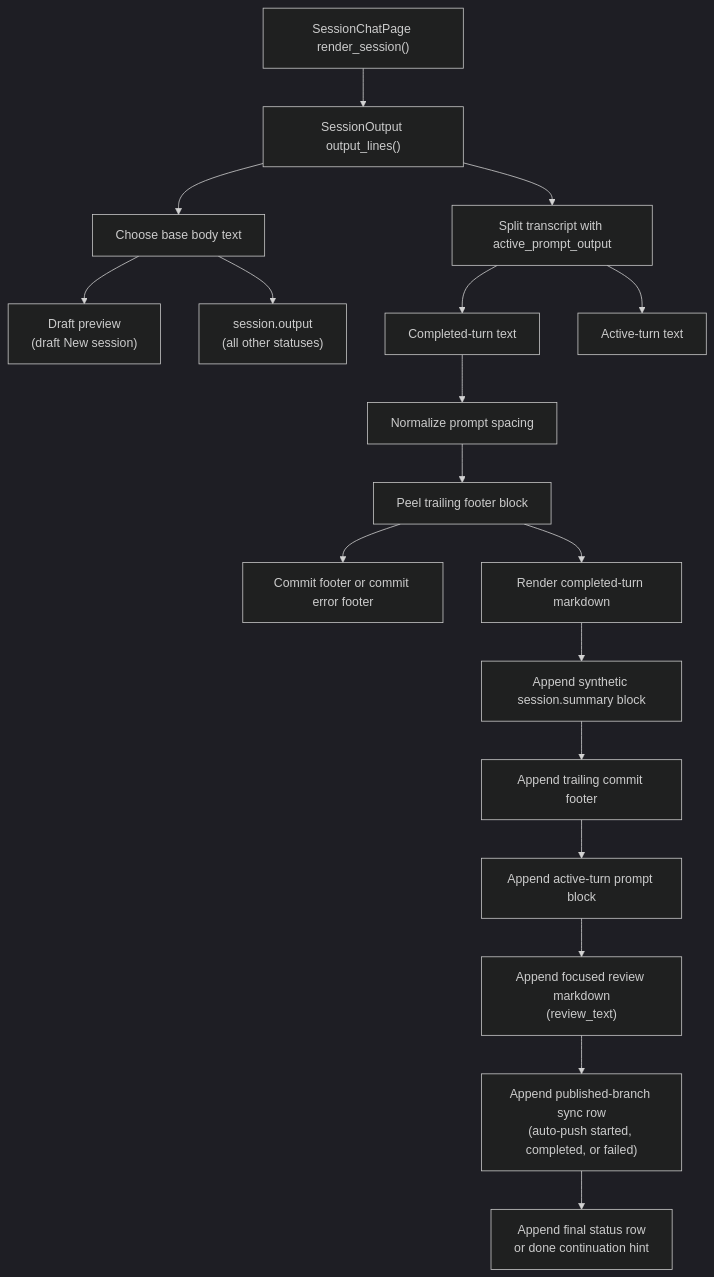
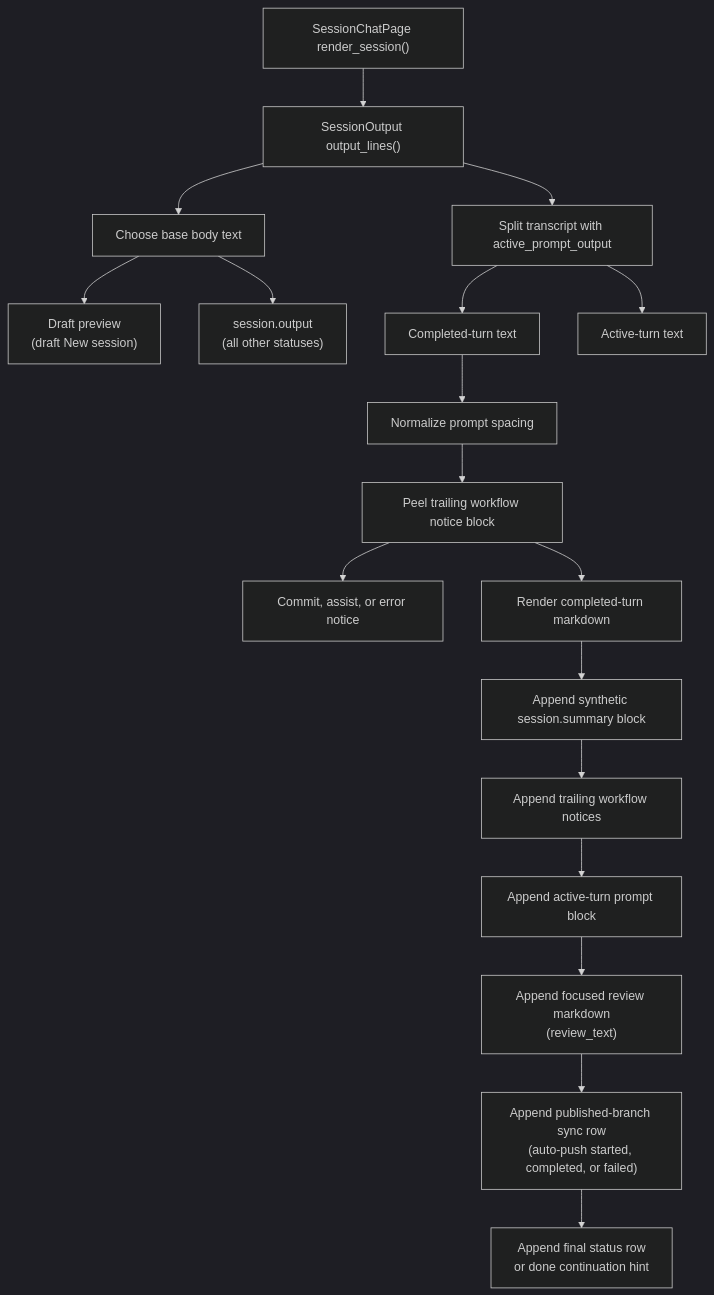
One commit to agentty-xyz/agentty changed the second of 4 diagrams in docs/site/content/docs/architecture/runtime-flow.md. Above: the diagram before and after it, drawn with Mermaid (dark theme). The commit also changed other lines of this file and 15 other files, not shown here.

First line of the commit message:
Render trailing workflow notices after completed turn summary

````diff
--- a/docs/site/content/docs/architecture/runtime-flow.md
+++ b/docs/site/content/docs/architecture/runtime-flow.md
@@ -203,30 +203,30 @@
 ```mermaid
 flowchart TD
   render["SessionChatPage render_session()"]
   lines["SessionOutput output_lines()"]
   render --> lines
 
   base["Choose base body text"]
   lines --> base
   base --> draft["Draft preview<br/>(draft New session)"]
   base --> transcript["session.output<br/>(all other statuses)"]
 
   split["Split transcript with active_prompt_output"]
   completed["Completed-turn text"]
   active["Active-turn text"]
   lines --> split
   split --> completed
   split --> active
 
   completed --> spacing["Normalize prompt spacing"]
-  spacing --> footer_split["Peel trailing footer block"]
-  footer_split --> footer_kind["Commit footer or commit error footer"]
+  spacing --> footer_split["Peel trailing workflow notice block"]
+  footer_split --> footer_kind["Commit, assist, or error notice"]
   footer_split --> completed_md["Render completed-turn markdown"]
 
   completed_md --> summary["Append synthetic session.summary block"]
-  summary --> footer["Append trailing commit footer"]
+  summary --> footer["Append trailing workflow notices"]
   footer --> active_prompt["Append active-turn prompt block"]
   active_prompt --> review["Append focused review markdown<br/>(review_text)"]
   review --> branch_sync["Append published-branch sync row<br/>(auto-push started, completed, or failed)"]
   branch_sync --> final_row["Append final status row<br/>or done continuation hint"]
 ```
````
